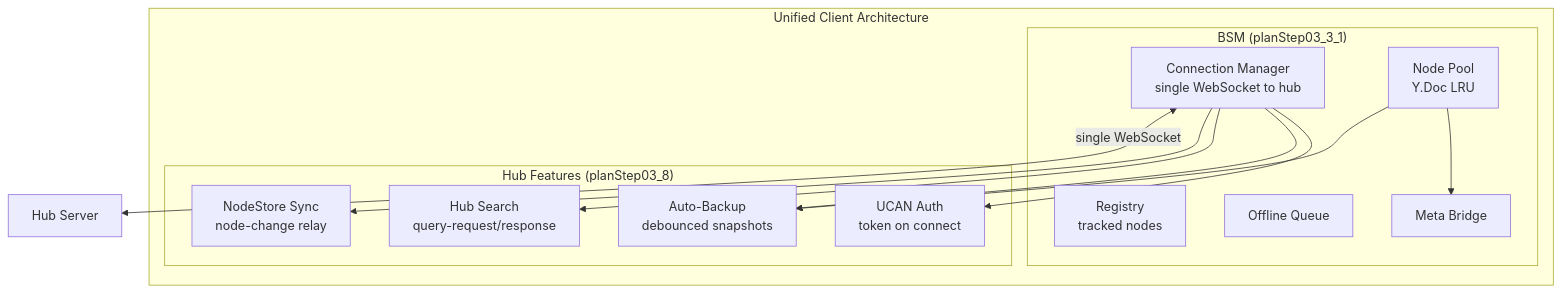
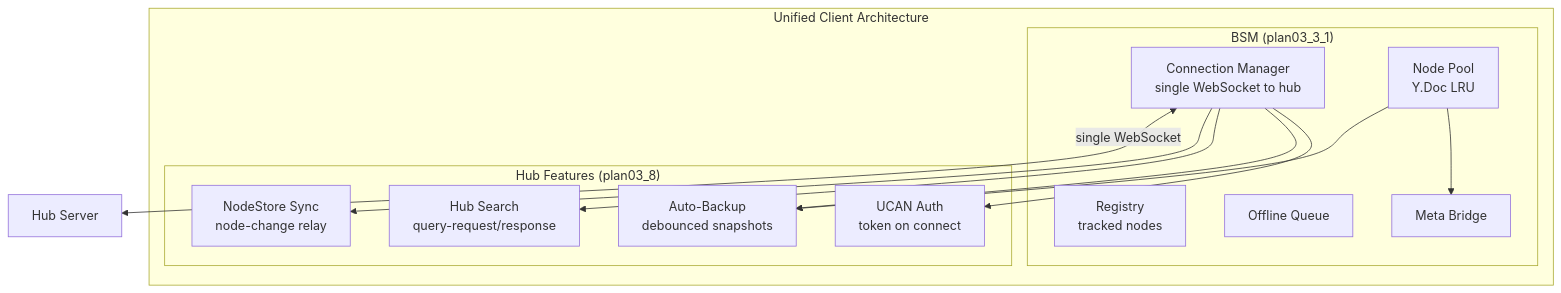
The second of 3 diagrams in docs/plans/plan03_8HubPhase1VPS/08-client-integration.md (crs48/xNet), drawn with Mermaid before and after one commit. The commit also changed other lines of this file and 62 other files, not shown here.

````diff
--- a/docs/plans/plan03_8HubPhase1VPS/08-client-integration.md
+++ b/docs/plans/plan03_8HubPhase1VPS/08-client-integration.md
@@ -863,28 +863,28 @@
 ```mermaid
 flowchart TB
     subgraph "Unified Client Architecture"
-        subgraph "BSM (planStep03_3_1)"
+        subgraph "BSM (plan03_3_1)"
             CM[Connection Manager<br/>single WebSocket to hub]
             POOL[Node Pool<br/>Y.Doc LRU]
             REG[Registry<br/>tracked nodes]
             QUEUE[Offline Queue]
             META[Meta Bridge]
         end
 
-        subgraph "Hub Features (planStep03_8)"
+        subgraph "Hub Features (plan03_8)"
             AUTH[UCAN Auth<br/>token on connect]
             BACKUP[Auto-Backup<br/>debounced snapshots]
             SEARCH[Hub Search<br/>query-request/response]
             NSYNC[NodeStore Sync<br/>node-change relay]
         end
 
         CM --> AUTH
         CM --> BACKUP
         CM --> SEARCH
         CM --> NSYNC
         POOL --> META
         POOL --> BACKUP
     end
 
     CM <-->|"single WebSocket"| HUB[Hub Server]
 ```
````
